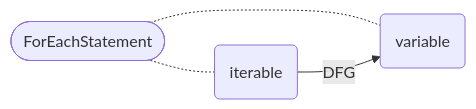
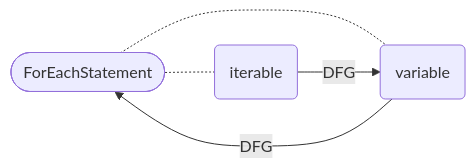
One commit to Fraunhofer-AISEC/cpg changed diagram 26 of 35 in cpg-core/specifications/dfg.md. Above: the diagram before and after it, drawn with Mermaid. The commit also changed other lines of this file, not shown here.

First line of the commit message:
Updating dfg spec

````diff
--- a/cpg-core/specifications/dfg.md
+++ b/cpg-core/specifications/dfg.md
@@ -412,6 +415,7 @@
 ```mermaid
   flowchart LR
     node([ForEachStatement]) -.- variable(variable)
     node -.- iterable(iterable)
     iterable -- DFG --> variable
+    variable -- DFG --> node
   ```
````
